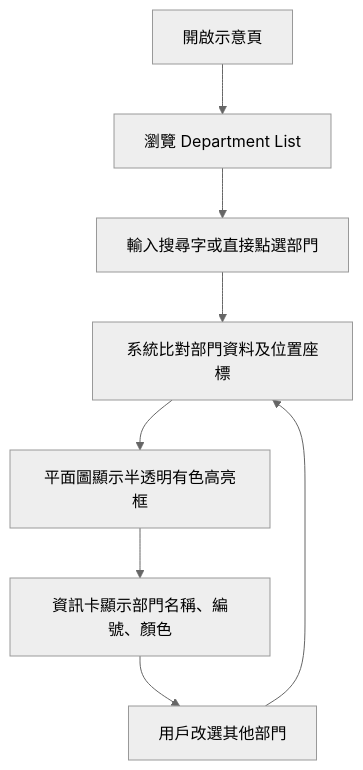
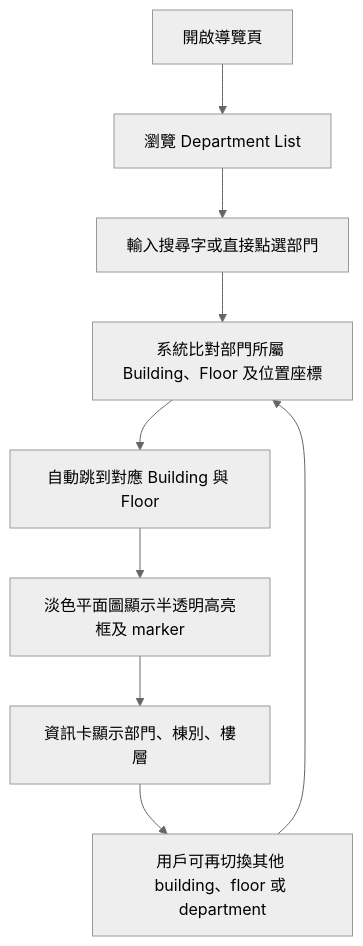
Before and after one commit to wilsonlcf1216-lab/clickonme: the diagram in .trae/documents/prd.md, drawn with Mermaid (neutral theme). The commit also changed other lines of this file and 10 other files, not shown here.

````diff
--- a/.trae/documents/prd.md
+++ b/.trae/documents/prd.md
@@ -31,10 +33,11 @@
 ```mermaid
 flowchart TD
-    A["開啟示意頁"] --> B["瀏覽 Department List"]
+    A["開啟導覽頁"] --> B["瀏覽 Department List"]
     B --> C["輸入搜尋字或直接點選部門"]
-    C --> D["系統比對部門資料及位置座標"]
-    D --> E["平面圖顯示半透明有色高亮框"]
-    E --> F["資訊卡顯示部門名稱、編號、顏色"]
-    F --> G["用戶改選其他部門"]
-    G --> D
+    C --> D["系統比對部門所屬 Building、Floor 及位置座標"]
+    D --> E["自動跳到對應 Building 與 Floor"]
+    E --> F["淡色平面圖顯示半透明高亮框及 marker"]
+    F --> G["資訊卡顯示部門、棟別、樓層"]
+    G --> H["用戶可再切換其他 building、floor 或 department"]
+    H --> D
 ```
````
